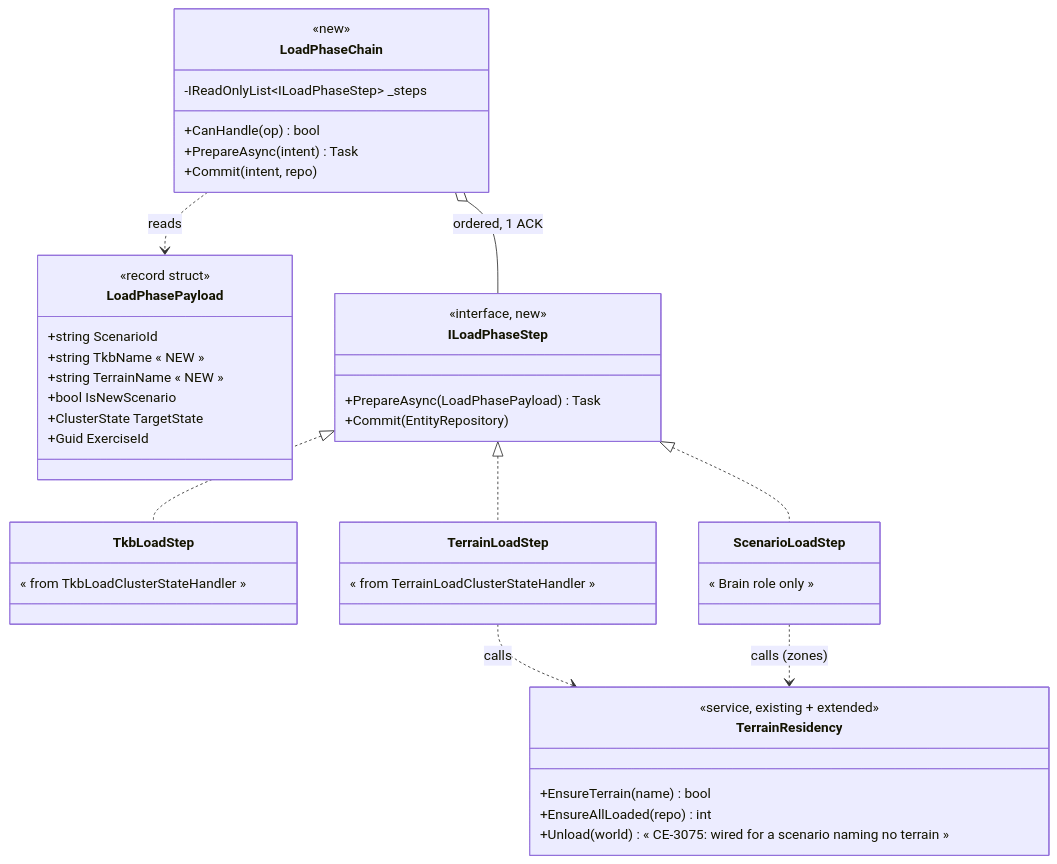
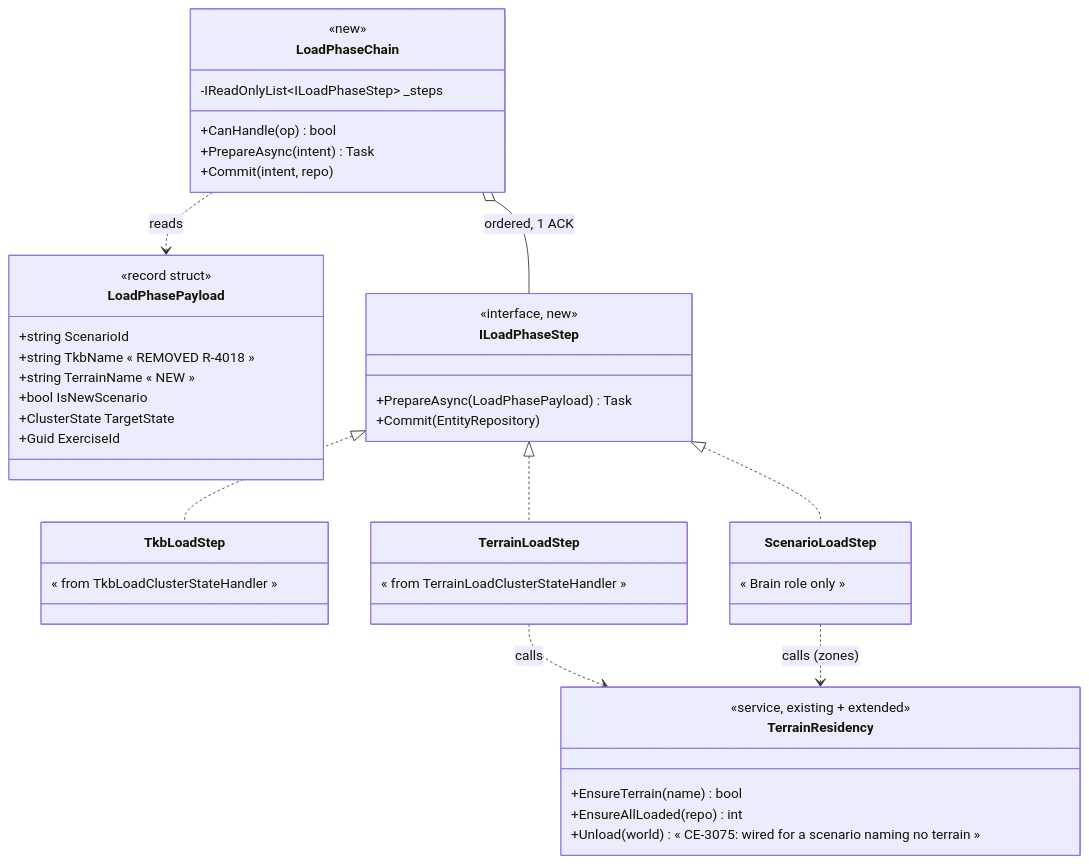
The third of 11 diagrams in docs/DESIGN_Cluster_Load_Phase.md (pjanec/HROT), drawn with Mermaid before and after one commit. The commit also changed other lines of this file and 42 other files, not shown here.

````diff
--- a/docs/DESIGN_Cluster_Load_Phase.md
+++ b/docs/DESIGN_Cluster_Load_Phase.md
@@ -197,47 +197,47 @@
 ```mermaid
 classDiagram
   class LoadPhasePayload {
     <<record struct>>
     +string ScenarioId
-    +string TkbName      « NEW »
+    +string TkbName      « REMOVED R-4018 »
     +string TerrainName  « NEW »
     +bool IsNewScenario
     +ClusterState TargetState
     +Guid ExerciseId
   }
   class LoadPhaseChain {
     <<new>>
     +CanHandle(op) bool
     +PrepareAsync(intent) Task
     +Commit(intent, repo)
     -IReadOnlyList~ILoadPhaseStep~ _steps
   }
   class ILoadPhaseStep {
     <<interface, new>>
     +PrepareAsync(LoadPhasePayload) Task
     +Commit(EntityRepository)
   }
   class TkbLoadStep {
     « from TkbLoadClusterStateHandler »
   }
   class TerrainLoadStep {
     « from TerrainLoadClusterStateHandler »
   }
   class ScenarioLoadStep {
     « Brain role only »
   }
   class TerrainResidency {
     <<service, existing + extended>>
     +EnsureTerrain(name) bool
     +EnsureAllLoaded(repo) int
     +Unload(world) « CE-3075: wired for a scenario naming no terrain »
   }
 
   LoadPhaseChain o-- ILoadPhaseStep : ordered, 1 ACK
   ILoadPhaseStep <|.. TkbLoadStep
   ILoadPhaseStep <|.. TerrainLoadStep
   ILoadPhaseStep <|.. ScenarioLoadStep
   TerrainLoadStep ..> TerrainResidency : calls
   ScenarioLoadStep ..> TerrainResidency : calls (zones)
   LoadPhaseChain ..> LoadPhasePayload : reads
 ```
````
